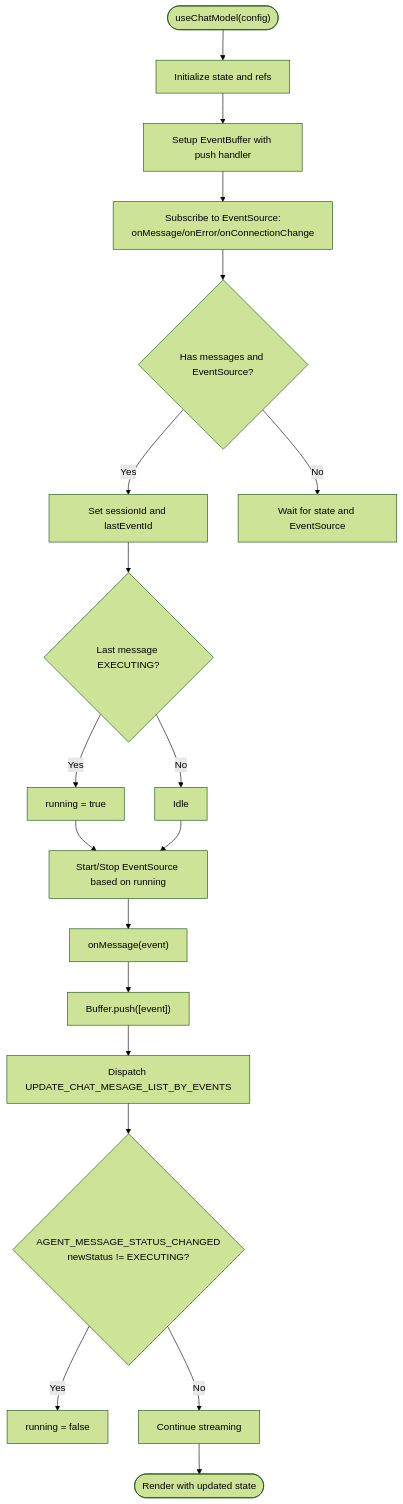
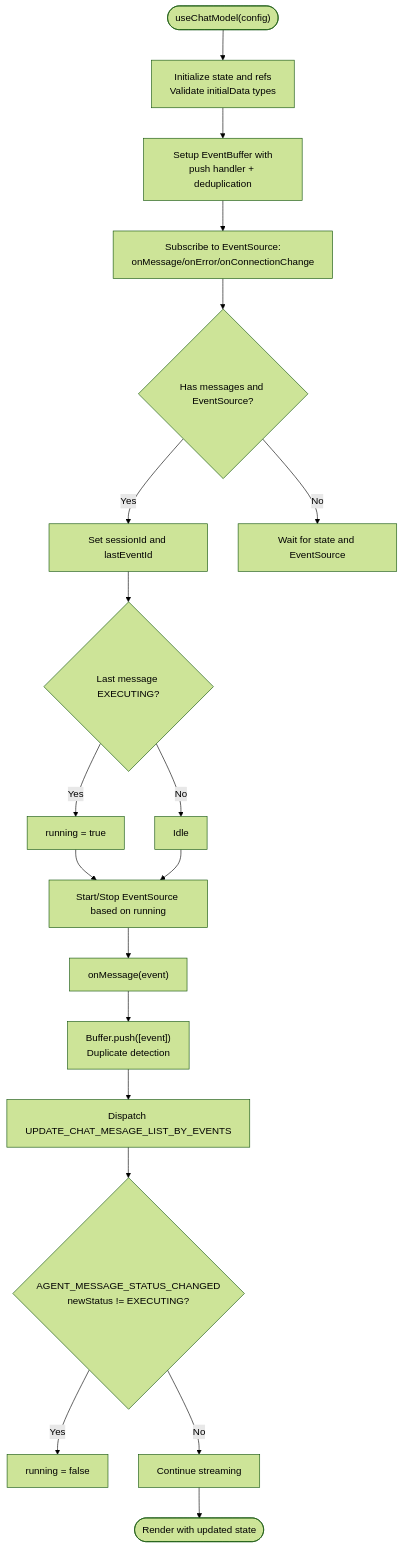
Before and after one commit to alibaba/tron-one-agent: the third of 7 diagrams in .qoder/repowiki/en/content/Frontend Architecture/Frontend Architecture.md, drawn with Mermaid (forest theme). The commit also changed other lines of this file and 6 other files, not shown here.

````diff
--- a/.qoder/repowiki/en/content/Frontend Architecture/Frontend Architecture.md
+++ b/.qoder/repowiki/en/content/Frontend Architecture/Frontend Architecture.md
@@ -250,21 +369,21 @@
 ```mermaid
 flowchart TD
-Start(["useChatModel(config)"]) --> Init["Initialize state and refs"]
-Init --> SetupBuffer["Setup EventBuffer with push handler"]
+Start(["useChatModel(config)"]) --> Init["Initialize state and refs<br/>Validate initialData types"]
+Init --> SetupBuffer["Setup EventBuffer with<br/>push handler + deduplication"]
 SetupBuffer --> Subscribe["Subscribe to EventSource:<br/>onMessage/onError/onConnectionChange"]
 Subscribe --> Ready{"Has messages and EventSource?"}
 Ready --> |Yes| SyncIds["Set sessionId and lastEventId"]
 Ready --> |No| Wait["Wait for state and EventSource"]
 SyncIds --> DecideRun{"Last message EXECUTING?"}
 DecideRun --> |Yes| SetRun["running = true"]
 DecideRun --> |No| Idle["Idle"]
 SetRun --> ToggleES["Start/Stop EventSource based on running"]
 Idle --> ToggleES
 ToggleES --> OnMessage["onMessage(event)"]
-OnMessage --> BufferPush["Buffer.push([event])"]
+OnMessage --> BufferPush["Buffer.push([event])<br/>Duplicate detection"]
 BufferPush --> ApplyBatch["Dispatch UPDATE_CHAT_MESAGE_LIST_BY_EVENTS"]
 ApplyBatch --> StopCheck{"AGENT_MESSAGE_STATUS_CHANGED<br/>newStatus != EXECUTING?"}
 StopCheck --> |Yes| Stop["running = false"]
 StopCheck --> |No| Continue["Continue streaming"]
 Continue --> End(["Render with updated state"])
 ```
````
